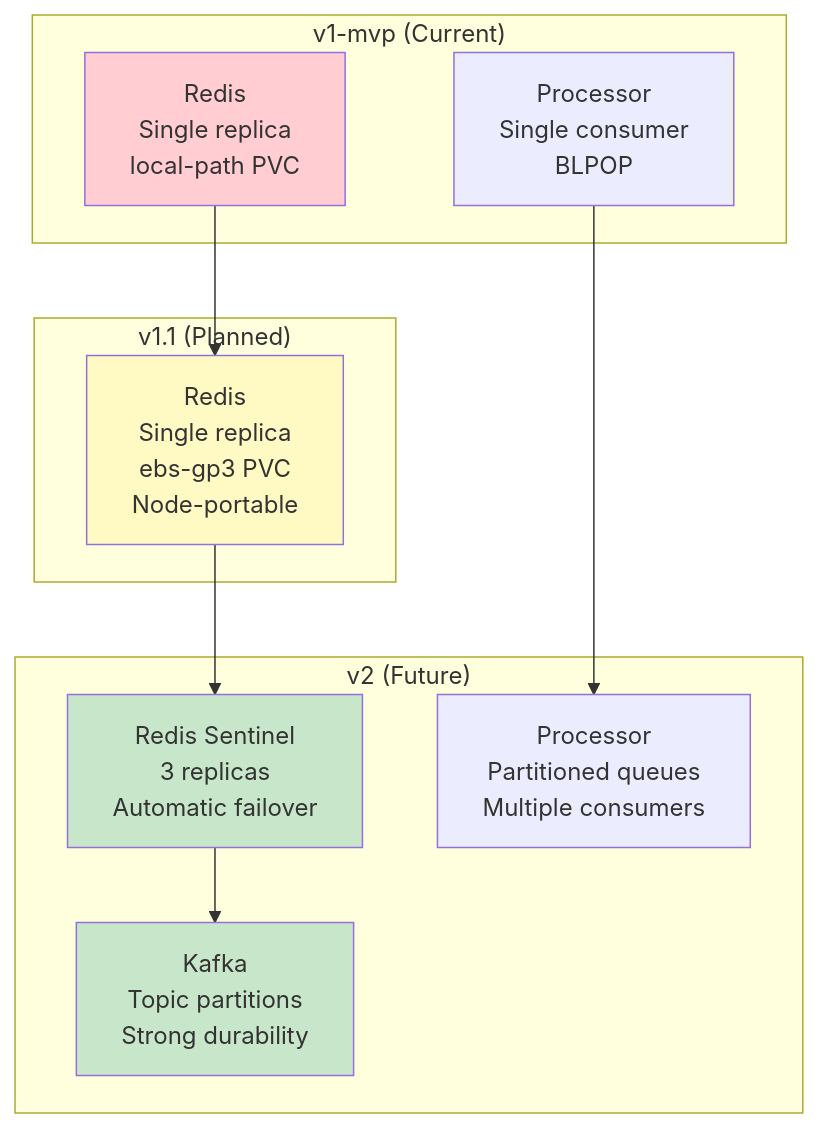
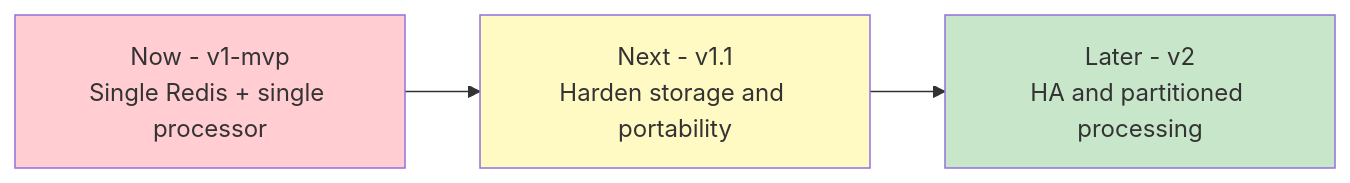
Before and after one commit to ClementV78/CloudRadar: diagram 23 of 28 in docs/architecture/technical-architecture-document.md, drawn with Mermaid. The commit also changed other lines of this file and 1 other file, not shown here.

First line of the commit message:
docs(architecture): align technical architecture docs

````diff
--- a/docs/architecture/technical-architecture-document.md
+++ b/docs/architecture/technical-architecture-document.md
@@ -737,27 +777,12 @@
 ```mermaid
-graph TB
-    subgraph "v1-mvp (Current)"
-        V1_REDIS[Redis<br/>Single replica<br/>local-path PVC]
-        V1_PROC[Processor<br/>Single consumer<br/>BLPOP]
-    end
+graph LR
+    NOW[Now - v1-mvp<br/>Single Redis + single processor]
+    NEXT[Next - v1.1<br/>Harden storage and portability]
+    LATER[Later - v2<br/>HA and partitioned processing]
 
-    subgraph "v1.1 (Planned)"
-        V11_REDIS[Redis<br/>Single replica<br/>ebs-gp3 PVC<br/>Node-portable]
-    end
+    NOW --> NEXT --> LATER
 
-    subgraph "v2 (Future)"
-        V2_REDIS[Redis Sentinel<br/>3 replicas<br/>Automatic failover]
-        V2_PROC[Processor<br/>Partitioned queues<br/>Multiple consumers]
-        V2_KAFKA[Kafka<br/>Topic partitions<br/>Strong durability]
-    end
-
-    V1_REDIS --> V11_REDIS
-    V11_REDIS --> V2_REDIS
-    V1_PROC --> V2_PROC
-    V2_REDIS --> V2_KAFKA
-
-    style V1_REDIS fill:#ffcdd2
-    style V11_REDIS fill:#fff9c4
-    style V2_REDIS fill:#c8e6c9
-    style V2_KAFKA fill:#c8e6c9
+    style NOW fill:#ffcdd2
+    style NEXT fill:#fff9c4
+    style LATER fill:#c8e6c9
 ```
````
